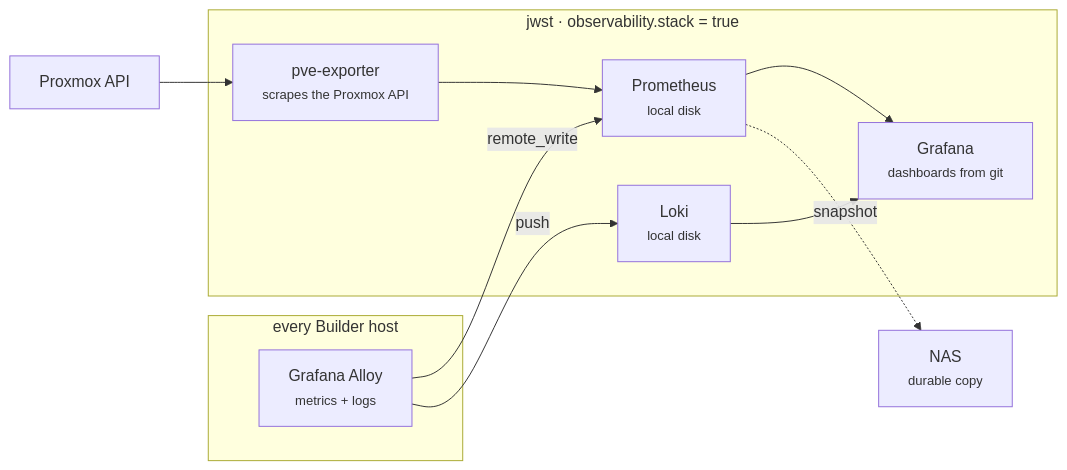
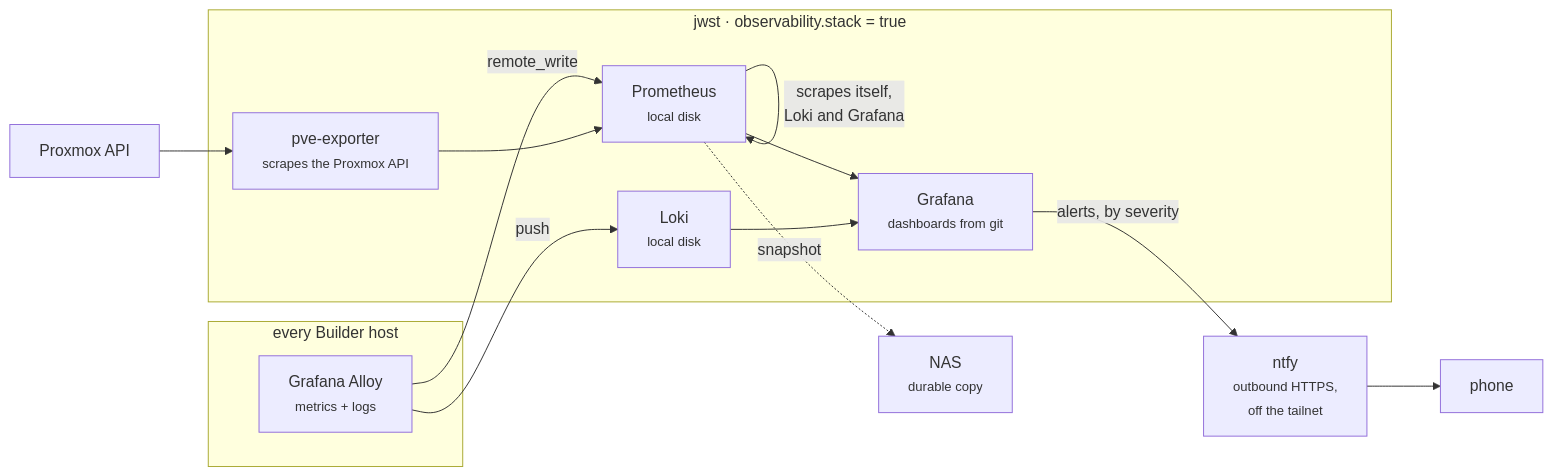
The diagram in docs/gitops/observability.md (megamp15/AUTOLAB), drawn with Mermaid before and after one commit. The commit also changed other lines of this file and 4 other files, not shown here.

````diff
--- a/docs/gitops/observability.md
+++ b/docs/gitops/observability.md
@@ -14,19 +14,22 @@
 ```mermaid
 flowchart LR
     subgraph hosts["every Builder host"]
         A1["Grafana Alloy<br/><small>metrics + logs</small>"]
     end
     subgraph stack["jwst · observability.stack = true"]
         P["Prometheus<br/><small>local disk</small>"]
         L["Loki<br/><small>local disk</small>"]
         G["Grafana<br/><small>dashboards from git</small>"]
         X["pve-exporter<br/><small>scrapes the Proxmox API</small>"]
     end
     A1 -- "remote_write" --> P
     A1 -- "push" --> L
     X --> P
     P --> G
     L --> G
+    P -- "scrapes itself,<br/>Loki and Grafana" --> P
     P -. "snapshot" .-> N["NAS<br/><small>durable copy</small>"]
     PVE["Proxmox API"] --> X
+    G -- "alerts, by severity" --> NT["ntfy<br/><small>outbound HTTPS,<br/>off the tailnet</small>"]
+    NT --> PH["phone"]
 ```
````
